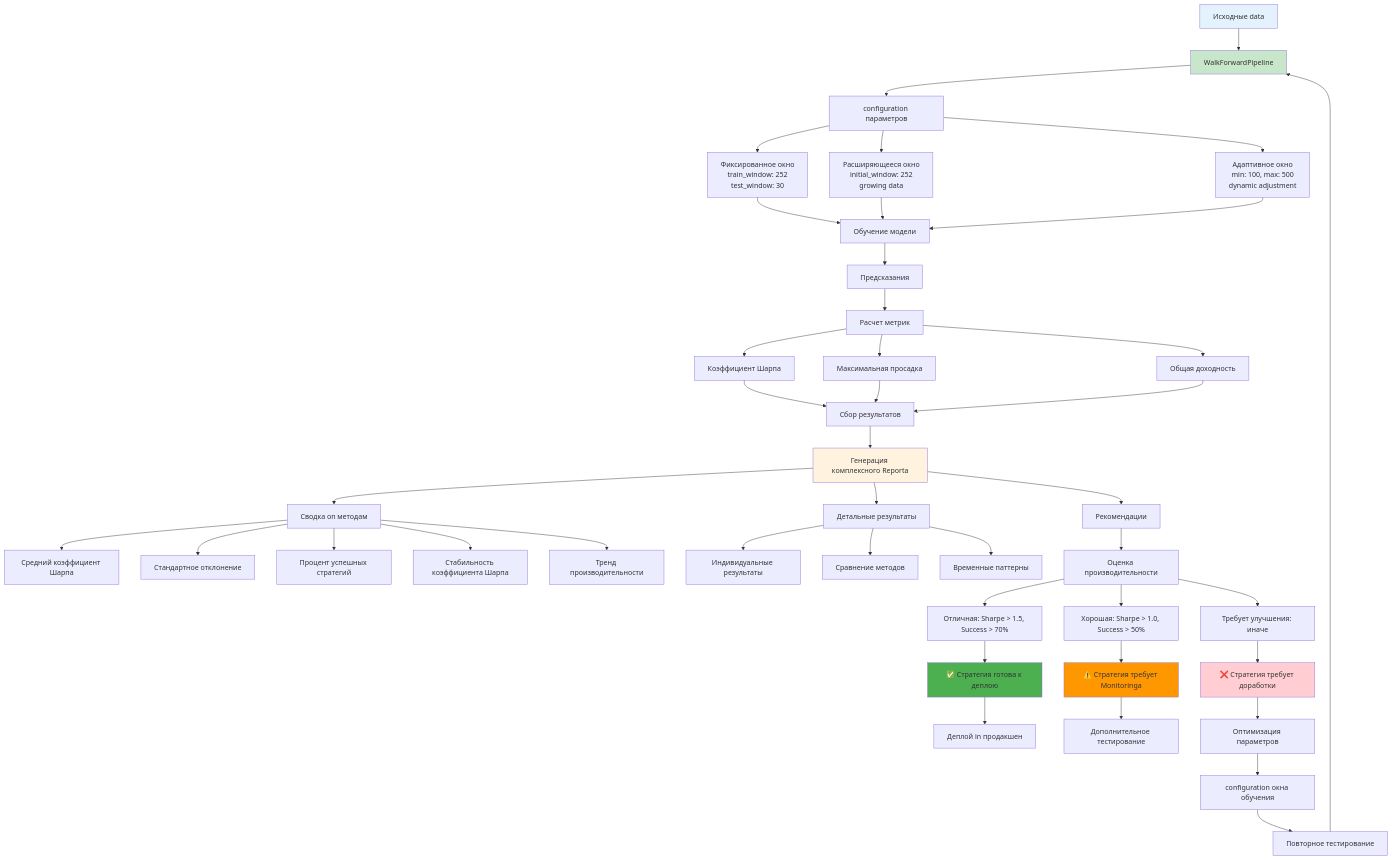
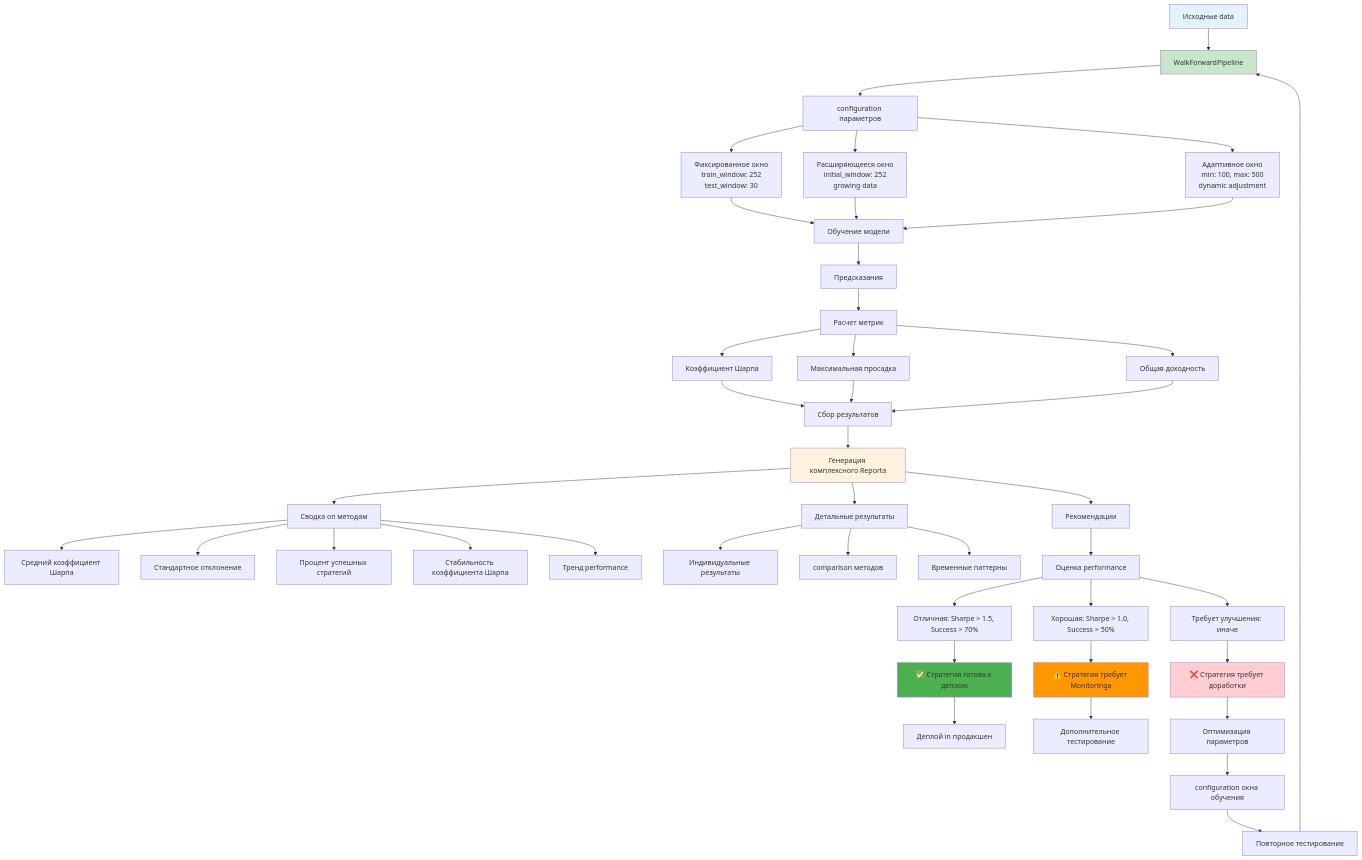
Before and after one commit to NeoZorK/neozork-hld-prediction: the eighth of 8 diagrams in docs/automl/gluon/30_walk_forward_analysis.md, drawn with Mermaid. The commit also changed other lines of this file and 88 other files, not shown here.

````diff
--- a/docs/automl/gluon/30_walk_forward_analysis.md
+++ b/docs/automl/gluon/30_walk_forward_analysis.md
@@ -1855,63 +1855,63 @@
 ```mermaid
 graph TD
 A[Исходные data] --> B[WalkForwardPipeline]
 B --> C[configuration параметров]
 
 C --> D[Фиксированное окно<br/>train_window: 252<br/>test_window: 30]
 C --> E[Расширяющееся окно<br/>initial_window: 252<br/>growing data]
 C --> F[Адаптивное окно<br/>min: 100, max: 500<br/>dynamic adjustment]
 
 D --> G[Обучение модели]
  E --> G
  F --> G
 
 G --> H[Предсказания]
 H --> I[Расчет метрик]
 
 I --> J[Коэффициент Шарпа]
 I --> K[Максимальная просадка]
 I --> L[Общая доходность]
 
 J --> M[Сбор результатов]
  K --> M
  L --> M
 
 M --> N[Генерация комплексного Reportа]
 N --> O[Сводка on методам]
 N --> P[Детальные результаты]
 N --> Q[Рекомендации]
 
 O --> R[Средний коэффициент Шарпа]
 O --> S[Стандартное отклонение]
 O --> T[Процент успешных стратегий]
 O --> U[Стабильность коэффициента Шарпа]
-O --> V[Тренд производительности]
+O --> V[Тренд performance]
 
 P --> W[Индивидуальные результаты]
-P --> X[Сравнение методов]
+P --> X[comparison методов]
 P --> Y[Временные паттерны]
 
-Q --> Z[Оценка производительности]
+Q --> Z[Оценка performance]
 Z --> AA[Отличная: Sharpe > 1.5, Success > 70%]
 Z --> BB[Хорошая: Sharpe > 1.0, Success > 50%]
 Z --> CC[Требует улучшения: иначе]
 
 AA --> DD[✅ Стратегия готова к деплою]
 BB --> EE[⚠️ Стратегия требует Monitoringа]
 CC --> FF[❌ Стратегия требует доработки]
 
 DD --> GG[Деплой in продакшен]
 EE --> HH[Дополнительное тестирование]
 FF --> II[Оптимизация параметров]
 
 II --> JJ[configuration окна обучения]
 JJ --> KK[Повторное тестирование]
  KK --> B
 
  style A fill:#e3f2fd
  style B fill:#c8e6c9
  style N fill:#fff3e0
  style DD fill:#4caf50
  style EE fill:#ff9800
  style FF fill:#ffcdd2
 ```
````
